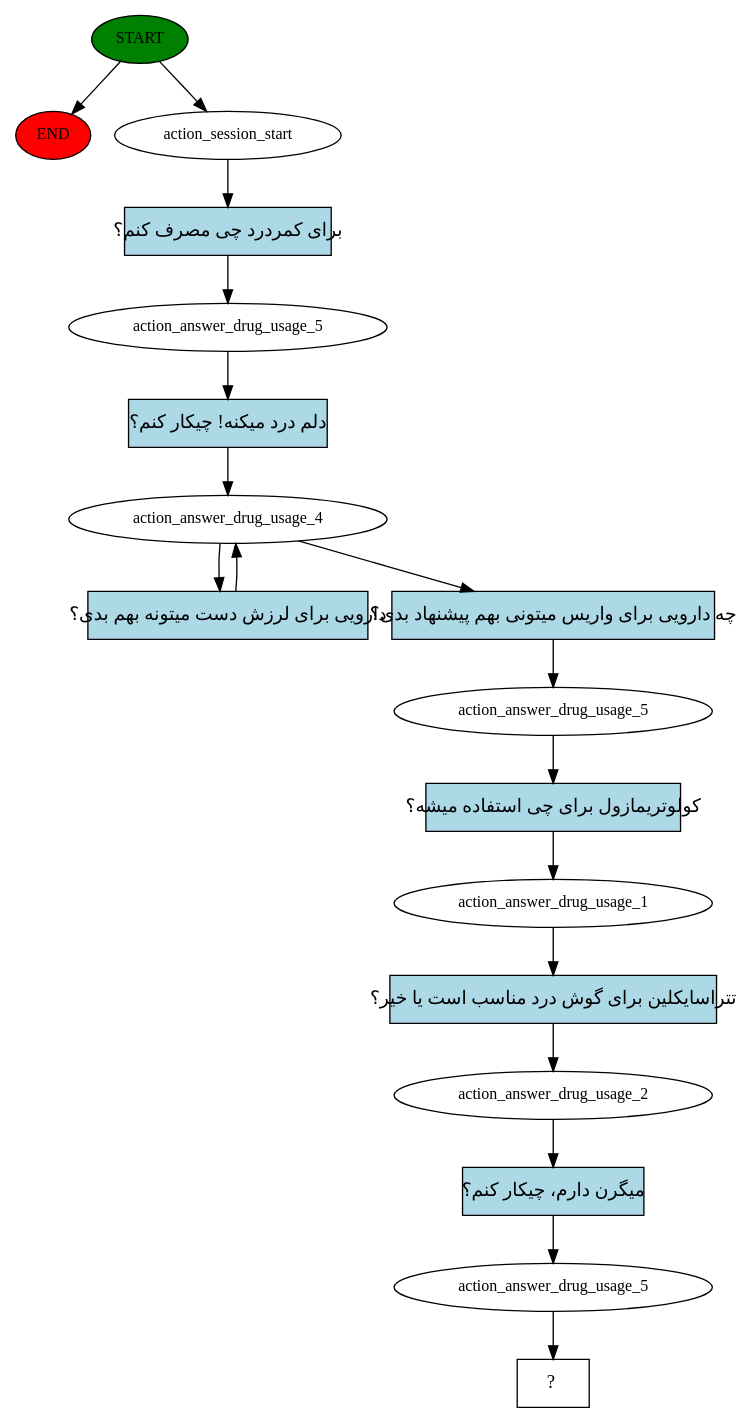
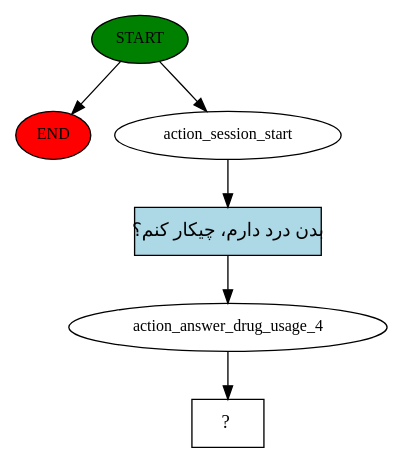
One commit to APKNOOBCODER/Hamtech_Rasa changed the diagram in story_graph.dot. Above: the diagram before and after it, drawn with Graphviz. The commit also changed 2 other files, not shown here.

```diff
--- a/story_graph.dot
+++ b/story_graph.dot
@@ -1,36 +1,13 @@
 digraph  {
 0 [class="start active", fillcolor=green, fontsize=12, label=START, style=filled];
 "-1" [class=end, fillcolor=red, fontsize=12, label=END, style=filled];
 1 [class=active, fontsize=12, label=action_session_start];
-2 [class=active, fontsize=12, label=action_answer_drug_usage_5];
-3 [class=active, fontsize=12, label=action_answer_drug_usage_4];
-6 [class=active, fontsize=12, label=action_answer_drug_usage_5];
-7 [class=active, fontsize=12, label=action_answer_drug_usage_1];
-8 [class=active, fontsize=12, label=action_answer_drug_usage_2];
-9 [class=active, fontsize=12, label=action_answer_drug_usage_5];
-10 [class="intent dashed active", label="  ?  ", shape=rect];
-11 [class="intent active", fillcolor=lightblue, label="برای کمردرد چی مصرف کنم؟", shape=rect, style=filled];
-12 [class="intent active", fillcolor=lightblue, label="دلم درد میکنه! چیکار کنم؟", shape=rect, style=filled];
-13 [class="intent active", fillcolor=lightblue, label="دارویی برای لرزش دست میتونه بهم بدی؟", shape=rect, style=filled];
-14 [class="intent active", fillcolor=lightblue, label="چه دارویی برای واریس میتونی بهم پیشنهاد بدی؟", shape=rect, style=filled];
-15 [class="intent active", fillcolor=lightblue, label="کولوتریمازول برای چی استفاده میشه؟", shape=rect, style=filled];
-16 [class="intent active", fillcolor=lightblue, label="تتراسایکلین برای گوش درد مناسب است یا خیر؟", shape=rect, style=filled];
-17 [class="intent active", fillcolor=lightblue, label="میگرن دارم، چیکار کنم؟", shape=rect, style=filled];
+2 [class=active, fontsize=12, label=action_answer_drug_usage_4];
+3 [class="intent dashed active", label="  ?  ", shape=rect];
+4 [class="intent active", fillcolor=lightblue, label="بدن درد دارم، چیکار کنم؟", shape=rect, style=filled];
 0 -> "-1"  [class="", key=NONE, label=""];
 0 -> 1  [class=active, key=NONE, label=""];
-1 -> 11  [class=active, key=0];
-2 -> 12  [class=active, key=0];
-3 -> 13  [class=active, key=0];
-3 -> 14  [class=active, key=0];
-6 -> 15  [class=active, key=0];
-7 -> 16  [class=active, key=0];
-8 -> 17  [class=active, key=0];
-9 -> 10  [class=active, key=NONE, label=""];
-11 -> 2  [class=active, key=0];
-12 -> 3  [class=active, key=0];
-13 -> 3  [class=active, key=0];
-14 -> 6  [class=active, key=0];
-15 -> 7  [class=active, key=0];
-16 -> 8  [class=active, key=0];
-17 -> 9  [class=active, key=0];
+1 -> 4  [class=active, key=0];
+2 -> 3  [class=active, key=NONE, label=""];
+4 -> 2  [class=active, key=0];
 }
```
